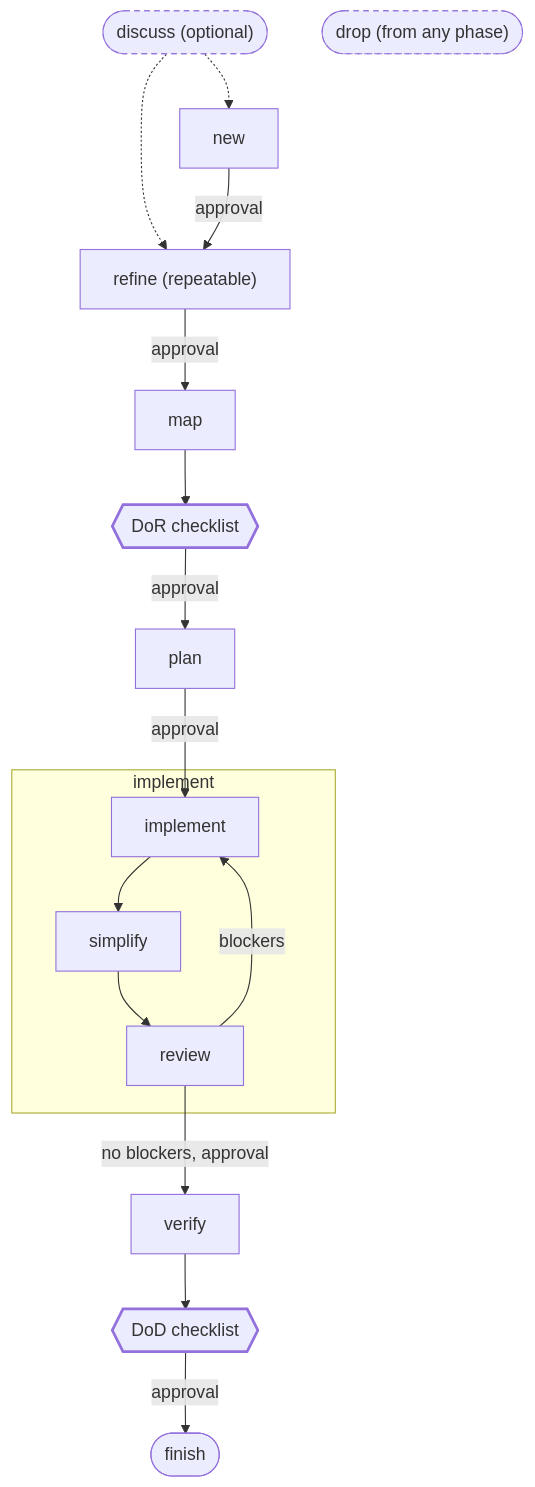
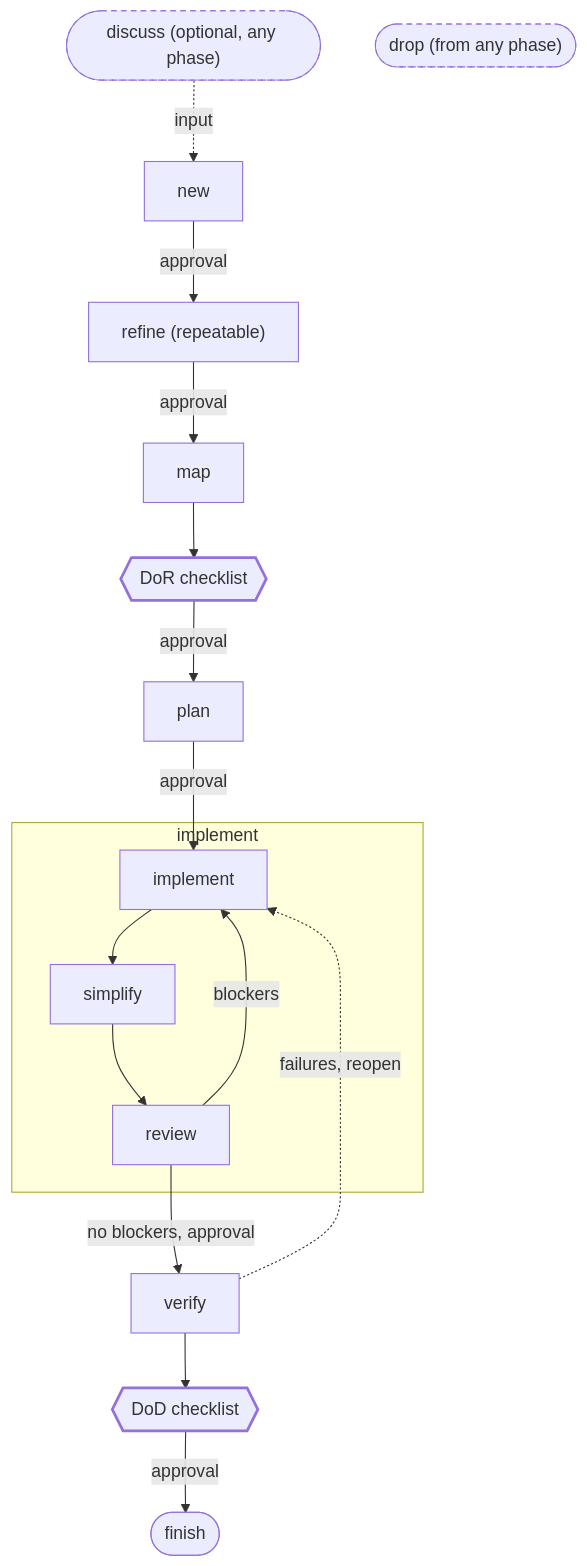
The first of 4 diagrams in research/shade-kit-concept.md (CreativeCodersTeam/shade-kit), drawn with Mermaid before and after one commit. The commit also changed other lines of this file and 170 other files, not shown here.

````diff
--- a/research/shade-kit-concept.md
+++ b/research/shade-kit-concept.md
@@ -322,35 +384,35 @@
 ```mermaid
 flowchart TB
-    discuss(["discuss (optional)"])
+    discuss(["discuss (optional, any phase)"])
     drop(["drop (from any phase)"])
     new["new"]
     refine["refine (repeatable)"]
     map["map"]
     dor{{"DoR checklist"}}
     plan["plan"]
 
     subgraph implement_loop["implement"]
         impl["implement"] --> simplify["simplify"] --> review["review"]
         review -- "blockers" --> impl
     end
 
     verify["verify"]
     dod{{"DoD checklist"}}
     finish(["finish"])
 
-    discuss -.-> new
-    discuss -.-> refine
+    discuss -. "input" .-> new
     new -- "approval" --> refine
     refine -- "approval" --> map
     map --> dor
     dor -- "approval" --> plan
     plan -- "approval" --> impl
     review -- "no blockers, approval" --> verify
     verify --> dod
     dod -- "approval" --> finish
+    verify -. "failures, reopen" .-> impl
 
     classDef checklist stroke-width:2.5px
     classDef side stroke-dasharray:5 4
     class dor,dod checklist
     class discuss,drop side
 ```
````
